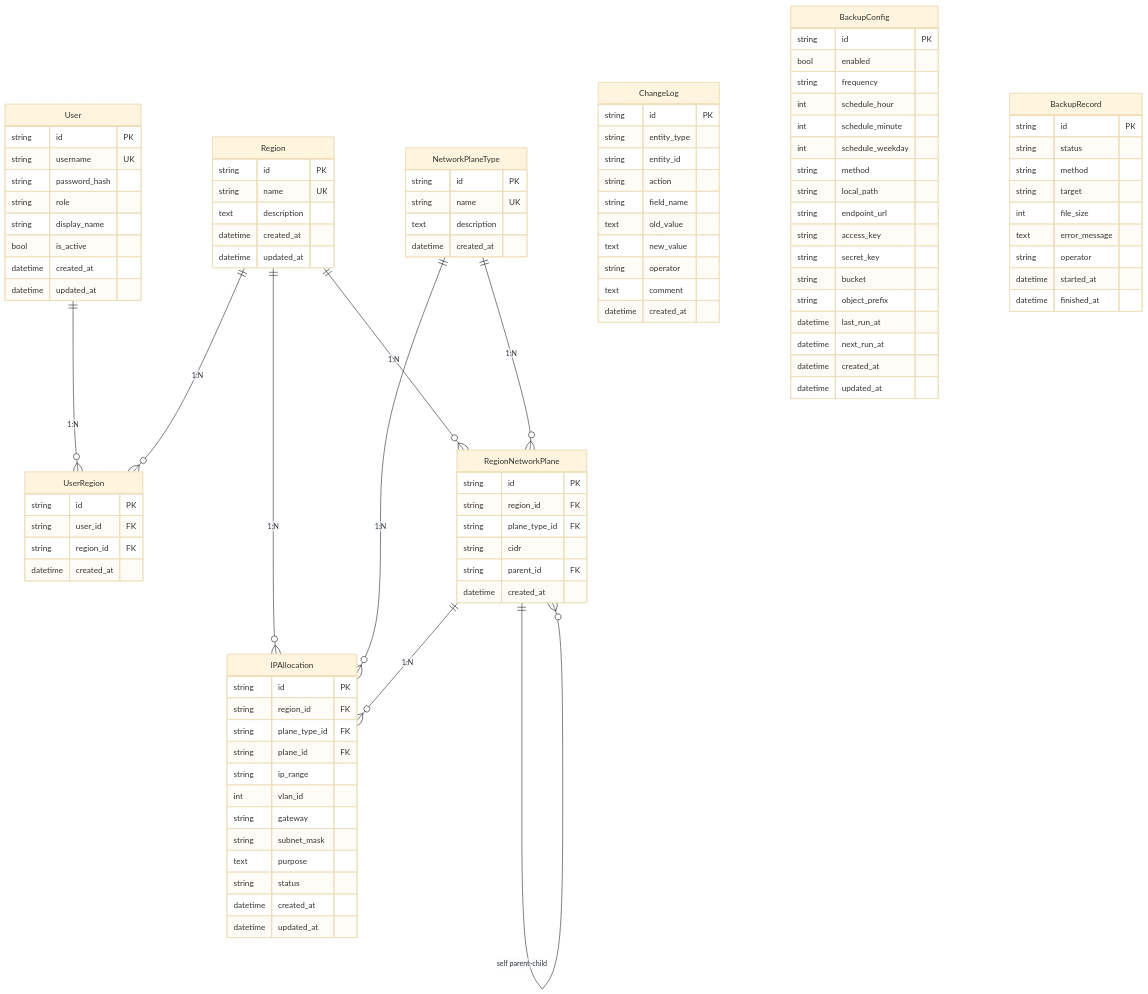
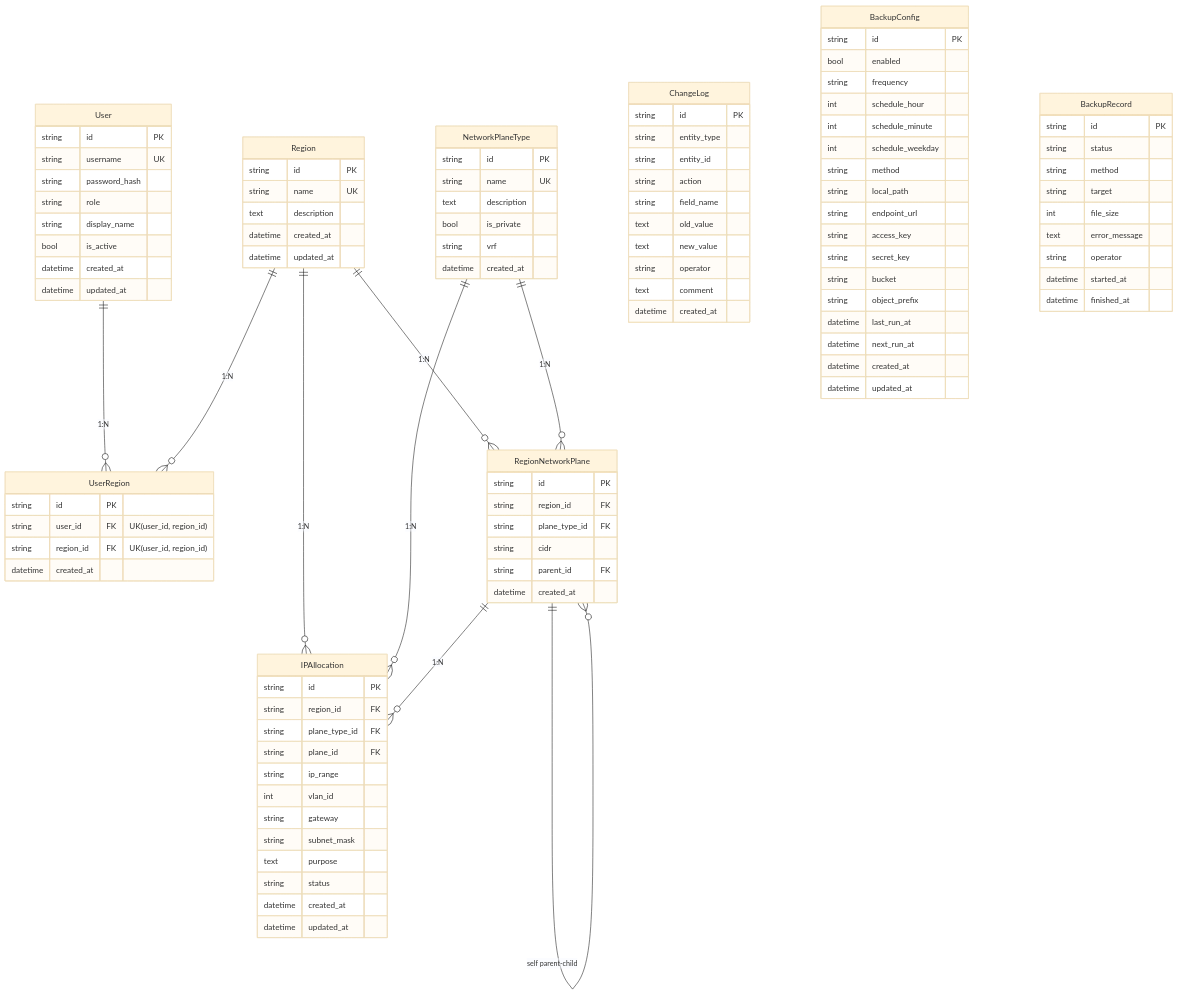
The second of 4 diagrams in SYSTEM_DESIGN.md (zhou-xingxing/hcs-lld-management), drawn with Mermaid (base theme) before and after one commit. The commit also changed other lines of this file and 8 other files, not shown here.

Commit message:
Add private and VRF fields to plane types

```diff
--- a/SYSTEM_DESIGN.md
+++ b/SYSTEM_DESIGN.md
@@ -119,8 +119,8 @@
 
     UserRegion {
         string id PK
-        string user_id FK
-        string region_id FK
+        string user_id FK "UK(user_id, region_id)"
+        string region_id FK "UK(user_id, region_id)"
         datetime created_at
     }
 
@@ -136,6 +136,8 @@
         string id PK
         string name UK
         text   description
+        bool   is_private
+        string vrf
         datetime created_at
     }
 
```
